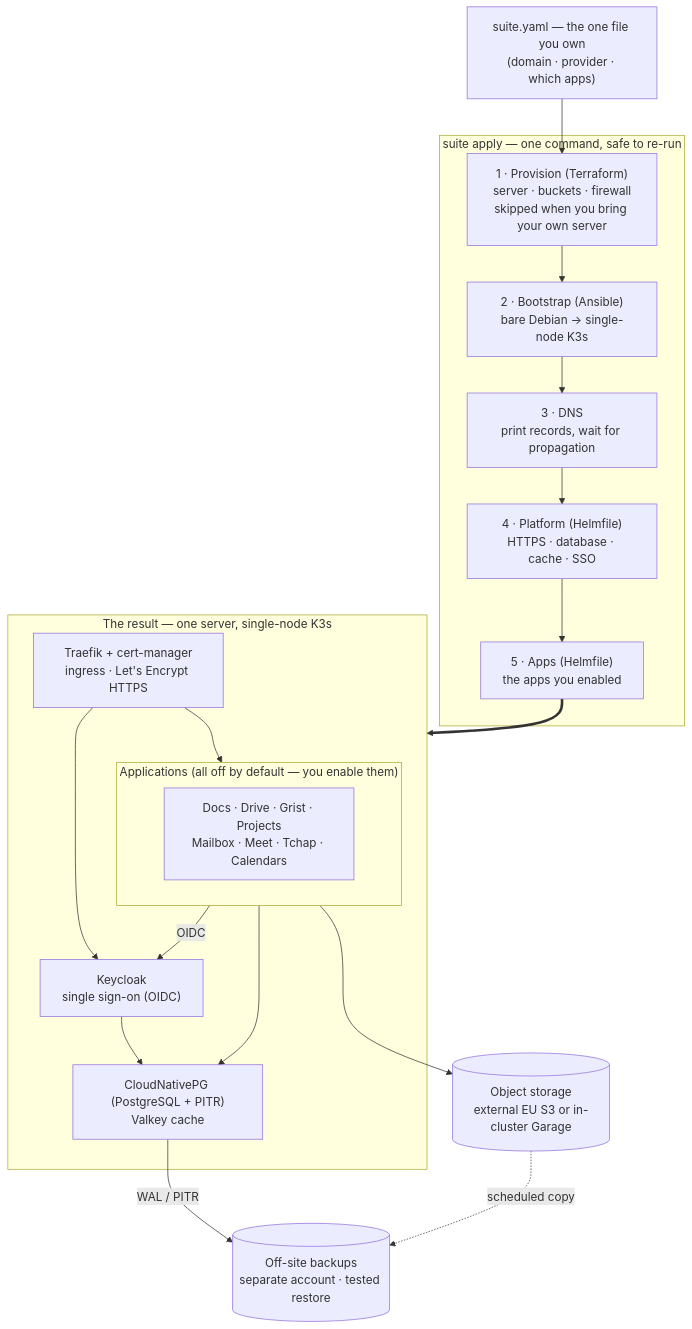
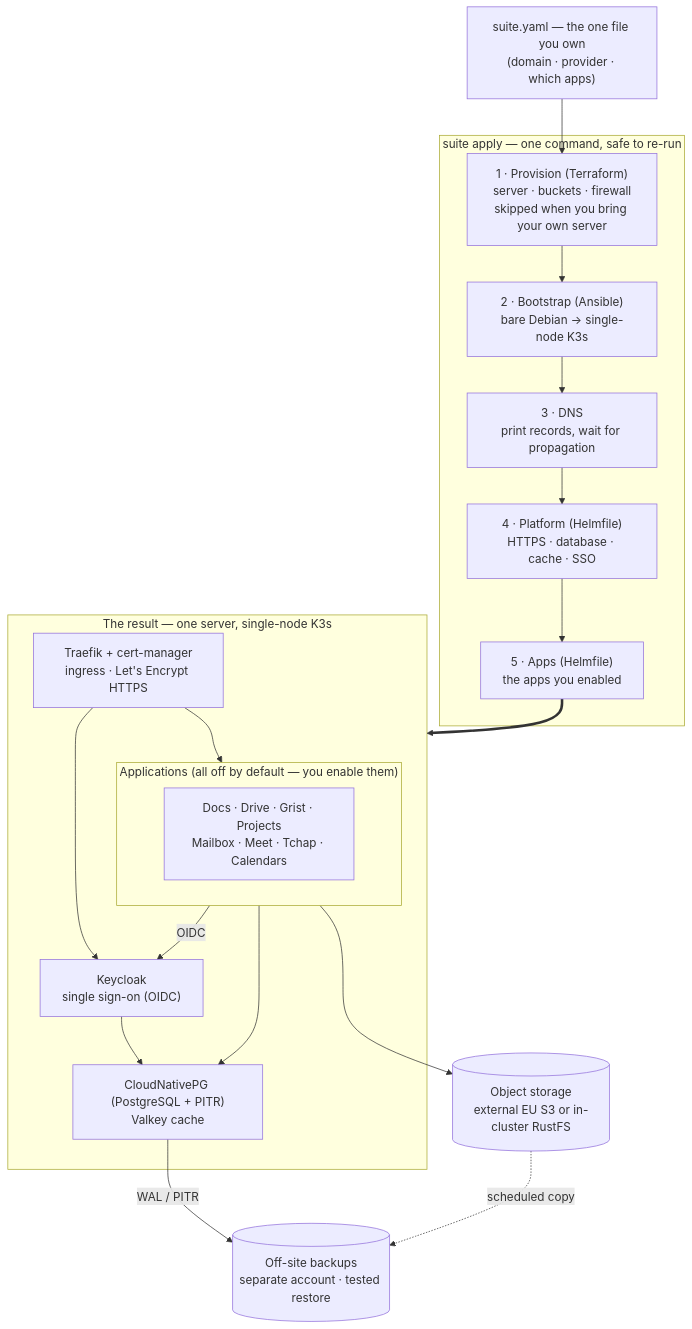
The diagram in docs/understand/overview.md (corentingiraud/ownsuite), drawn with Mermaid before and after one commit. The commit also changed other lines of this file and 68 other files, not shown here.

````diff
--- a/docs/understand/overview.md
+++ b/docs/understand/overview.md
@@ -13,36 +13,36 @@
 ```mermaid
 flowchart TB
     CFG["suite.yaml — the one file you own<br/>(domain · provider · which apps)"]
 
     subgraph APPLY["suite apply — one command, safe to re-run"]
         P1["1 · Provision (Terraform)<br/>server · buckets · firewall<br/>skipped when you bring your own server"]
         P2["2 · Bootstrap (Ansible)<br/>bare Debian → single-node K3s"]
         P3["3 · DNS<br/>print records, wait for propagation"]
         P4["4 · Platform (Helmfile)<br/>HTTPS · database · cache · SSO"]
         P5["5 · Apps (Helmfile)<br/>the apps you enabled"]
         P1 --> P2 --> P3 --> P4 --> P5
     end
 
     subgraph SERVER["The result — one server, single-node K3s"]
         T["Traefik + cert-manager<br/>ingress · Let's Encrypt HTTPS"]
         KC["Keycloak<br/>single sign-on (OIDC)"]
         subgraph APPS2["Applications (all off by default — you enable them)"]
             OPT["Docs · Drive · Grist · Projects<br/>Mailbox · Meet · Tchap · Calendars"]
         end
         INFRA["CloudNativePG (PostgreSQL + PITR)<br/>Valkey cache"]
         T --> APPS2
         T --> KC
         APPS2 -- OIDC --> KC
         APPS2 --> INFRA
         KC --> INFRA
     end
 
-    S3[("Object storage<br/>external EU S3 or in-cluster Garage")]
+    S3[("Object storage<br/>external EU S3 or in-cluster RustFS")]
     OFF[("Off-site backups<br/>separate account · tested restore")]
 
     CFG --> P1
     P5 ==> SERVER
     APPS2 --> S3
     INFRA -- WAL / PITR --> OFF
     S3 -. scheduled copy .-> OFF
 ```
````
